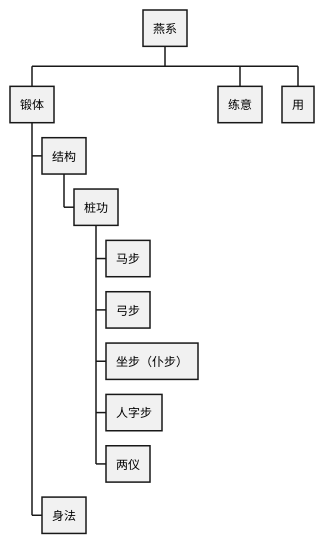
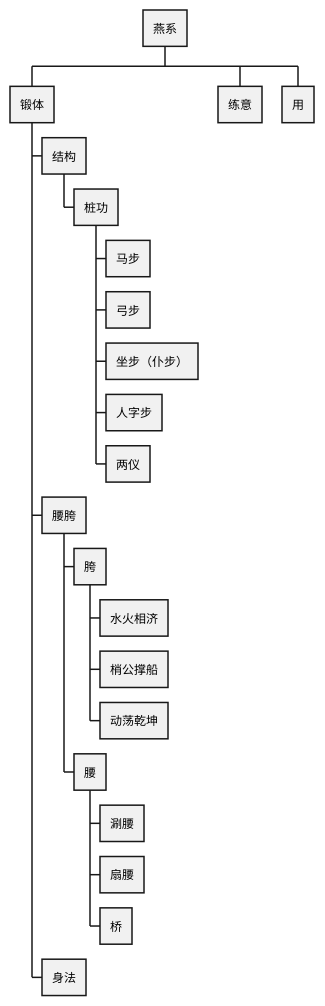
One commit to thcpc/KnowledgeBank changed the diagram in Literature Notes/武术/体系图.md. Above: the diagram before and after it, drawn with PlantUML. The commit also changed 1 other file, not shown here.

````diff
--- a/Literature Notes/武术/体系图.md
+++ b/Literature Notes/武术/体系图.md
@@ -1,16 +1,25 @@
 ```plantuml
 @startwbs
 * 燕系
 ** 锻体
 *** 结构
 **** 桩功
 ***** 马步
 ***** 弓步
 ***** 坐步（仆步）
 ***** 人字步
 ***** 两仪
+*** 腰胯
+**** 胯
+***** 水火相济
+***** 梢公撑船
+***** 动荡乾坤
+**** 腰
+***** 涮腰
+***** 扇腰
+***** 桥
 *** 身法
 ** 练意
 ** 用
 @endwbs
 ```
````
